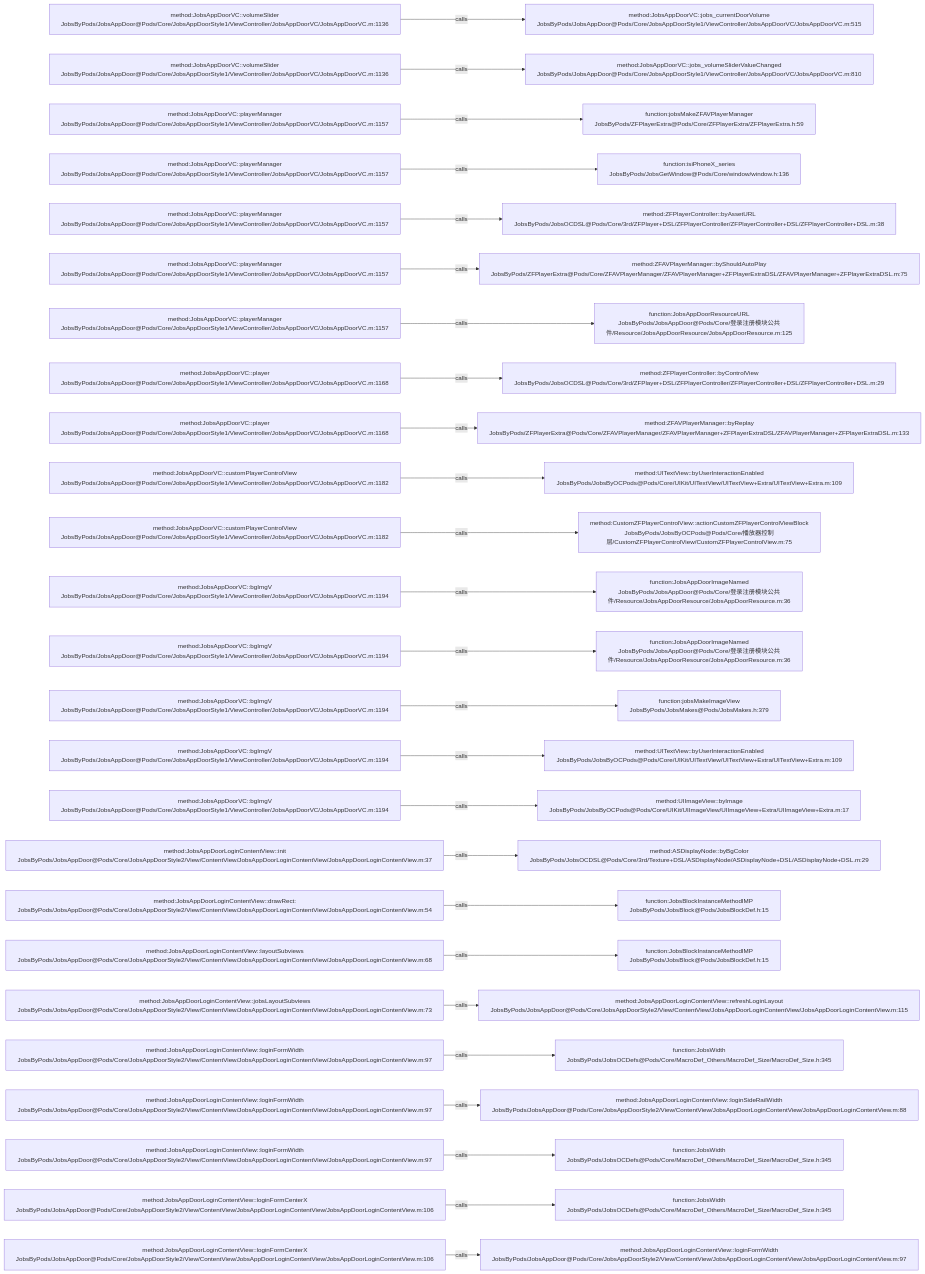
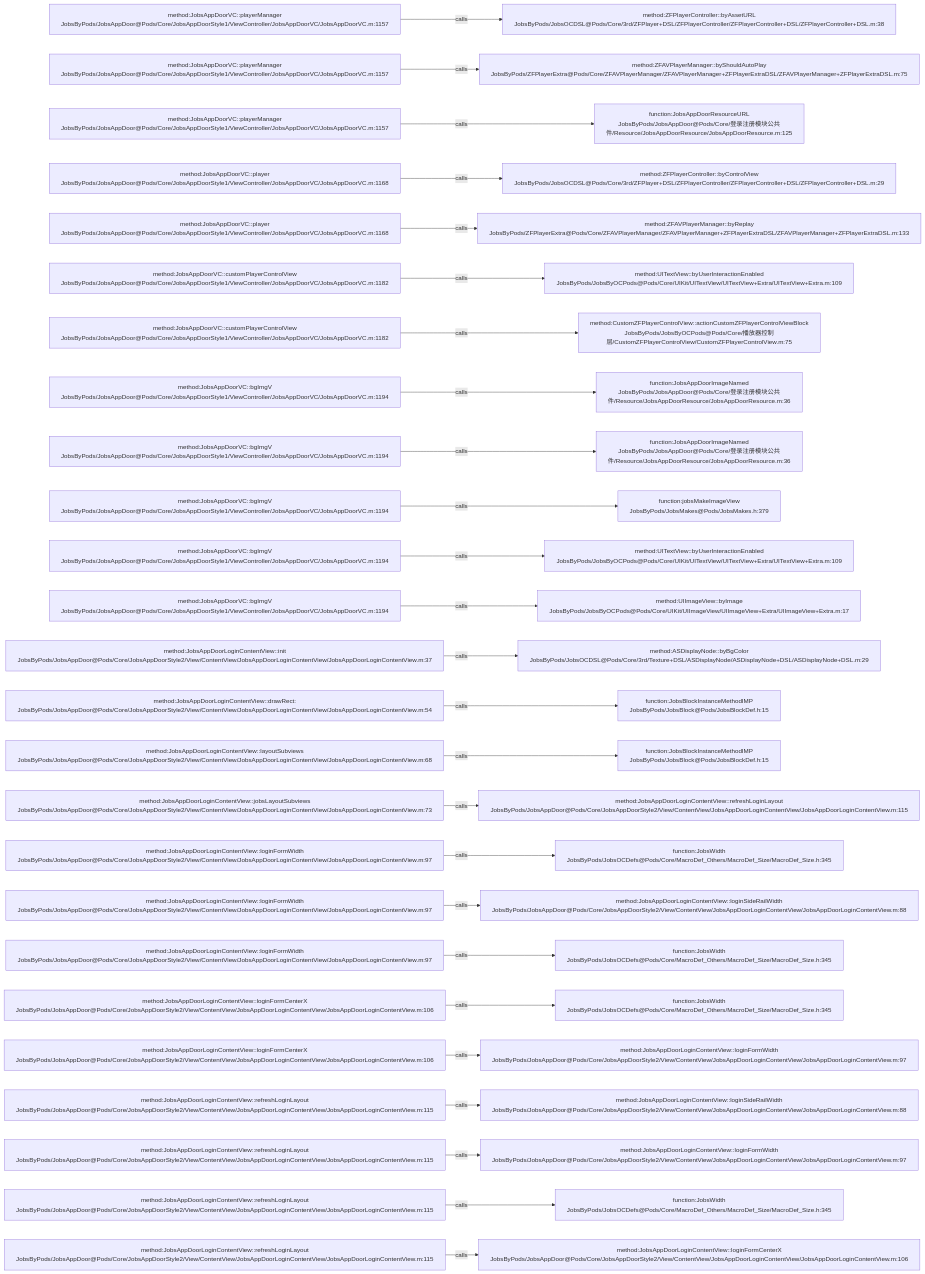
The diagram in .codegraph/codegraph.md/graphs/calls-117.md (JobsKits/JobsOCBaseConfigDemo), drawn with Mermaid before and after one commit. The commit also changed 116 other files, not shown here.

````diff
--- a/.codegraph/codegraph.md/graphs/calls-117.md
+++ b/.codegraph/codegraph.md/graphs/calls-117.md
@@ -13,78 +13,78 @@
 ```mermaid
 flowchart LR
-  S1["method:JobsAppDoorVC::volumeSlider<br/>JobsByPods/JobsAppDoor@Pods/Core/JobsAppDoorStyle1/ViewController/JobsAppDoorVC/JobsAppDoorVC.m:1136"]
-  T1["method:JobsAppDoorVC::jobs_currentDoorVolume<br/>JobsByPods/JobsAppDoor@Pods/Core/JobsAppDoorStyle1/ViewController/JobsAppDoorVC/JobsAppDoorVC.m:515"]
+  S1["method:JobsAppDoorVC::playerManager<br/>JobsByPods/JobsAppDoor@Pods/Core/JobsAppDoorStyle1/ViewController/JobsAppDoorVC/JobsAppDoorVC.m:1157"]
+  T1["method:ZFPlayerController::byAssetURL<br/>JobsByPods/JobsOCDSL@Pods/Core/3rd/ZFPlayer+DSL/ZFPlayerController/ZFPlayerController+DSL/ZFPlayerController+DSL.m:38"]
   S1 -->|calls| T1
-  S2["method:JobsAppDoorVC::volumeSlider<br/>JobsByPods/JobsAppDoor@Pods/Core/JobsAppDoorStyle1/ViewController/JobsAppDoorVC/JobsAppDoorVC.m:1136"]
-  T2["method:JobsAppDoorVC::jobs_volumeSliderValueChanged<br/>JobsByPods/JobsAppDoor@Pods/Core/JobsAppDoorStyle1/ViewController/JobsAppDoorVC/JobsAppDoorVC.m:810"]
+  S2["method:JobsAppDoorVC::playerManager<br/>JobsByPods/JobsAppDoor@Pods/Core/JobsAppDoorStyle1/ViewController/JobsAppDoorVC/JobsAppDoorVC.m:1157"]
+  T2["method:ZFAVPlayerManager::byShouldAutoPlay<br/>JobsByPods/ZFPlayerExtra@Pods/Core/ZFAVPlayerManager/ZFAVPlayerManager+ZFPlayerExtraDSL/ZFAVPlayerManager+ZFPlayerExtraDSL.m:75"]
   S2 -->|calls| T2
   S3["method:JobsAppDoorVC::playerManager<br/>JobsByPods/JobsAppDoor@Pods/Core/JobsAppDoorStyle1/ViewController/JobsAppDoorVC/JobsAppDoorVC.m:1157"]
-  T3["function:jobsMakeZFAVPlayerManager<br/>JobsByPods/ZFPlayerExtra@Pods/Core/ZFPlayerExtra/ZFPlayerExtra.h:59"]
+  T3["function:JobsAppDoorResourceURL<br/>JobsByPods/JobsAppDoor@Pods/Core/登录注册模块公共件/Resource/JobsAppDoorResource/JobsAppDoorResource.m:125"]
   S3 -->|calls| T3
-  S4["method:JobsAppDoorVC::playerManager<br/>JobsByPods/JobsAppDoor@Pods/Core/JobsAppDoorStyle1/ViewController/JobsAppDoorVC/JobsAppDoorVC.m:1157"]
-  T4["function:isiPhoneX_series<br/>JobsByPods/JobsGetWindow@Pods/Core/window/window.h:136"]
+  S4["method:JobsAppDoorVC::player<br/>JobsByPods/JobsAppDoor@Pods/Core/JobsAppDoorStyle1/ViewController/JobsAppDoorVC/JobsAppDoorVC.m:1168"]
+  T4["method:ZFPlayerController::byControlView<br/>JobsByPods/JobsOCDSL@Pods/Core/3rd/ZFPlayer+DSL/ZFPlayerController/ZFPlayerController+DSL/ZFPlayerController+DSL.m:29"]
   S4 -->|calls| T4
-  S5["method:JobsAppDoorVC::playerManager<br/>JobsByPods/JobsAppDoor@Pods/Core/JobsAppDoorStyle1/ViewController/JobsAppDoorVC/JobsAppDoorVC.m:1157"]
-  T5["method:ZFPlayerController::byAssetURL<br/>JobsByPods/JobsOCDSL@Pods/Core/3rd/ZFPlayer+DSL/ZFPlayerController/ZFPlayerController+DSL/ZFPlayerController+DSL.m:38"]
+  S5["method:JobsAppDoorVC::player<br/>JobsByPods/JobsAppDoor@Pods/Core/JobsAppDoorStyle1/ViewController/JobsAppDoorVC/JobsAppDoorVC.m:1168"]
+  T5["method:ZFAVPlayerManager::byReplay<br/>JobsByPods/ZFPlayerExtra@Pods/Core/ZFAVPlayerManager/ZFAVPlayerManager+ZFPlayerExtraDSL/ZFAVPlayerManager+ZFPlayerExtraDSL.m:133"]
   S5 -->|calls| T5
-  S6["method:JobsAppDoorVC::playerManager<br/>JobsByPods/JobsAppDoor@Pods/Core/JobsAppDoorStyle1/ViewController/JobsAppDoorVC/JobsAppDoorVC.m:1157"]
-  T6["method:ZFAVPlayerManager::byShouldAutoPlay<br/>JobsByPods/ZFPlayerExtra@Pods/Core/ZFAVPlayerManager/ZFAVPlayerManager+ZFPlayerExtraDSL/ZFAVPlayerManager+ZFPlayerExtraDSL.m:75"]
+  S6["method:JobsAppDoorVC::customPlayerControlView<br/>JobsByPods/JobsAppDoor@Pods/Core/JobsAppDoorStyle1/ViewController/JobsAppDoorVC/JobsAppDoorVC.m:1182"]
+  T6["method:UITextView::byUserInteractionEnabled<br/>JobsByPods/JobsByOCPods@Pods/Core/UIKit/UITextView/UITextView+Extra/UITextView+Extra.m:109"]
   S6 -->|calls| T6
-  S7["method:JobsAppDoorVC::playerManager<br/>JobsByPods/JobsAppDoor@Pods/Core/JobsAppDoorStyle1/ViewController/JobsAppDoorVC/JobsAppDoorVC.m:1157"]
-  T7["function:JobsAppDoorResourceURL<br/>JobsByPods/JobsAppDoor@Pods/Core/登录注册模块公共件/Resource/JobsAppDoorResource/JobsAppDoorResource.m:125"]
+  S7["method:JobsAppDoorVC::customPlayerControlView<br/>JobsByPods/JobsAppDoor@Pods/Core/JobsAppDoorStyle1/ViewController/JobsAppDoorVC/JobsAppDoorVC.m:1182"]
+  T7["method:CustomZFPlayerControlView::actionCustomZFPlayerControlViewBlock<br/>JobsByPods/JobsByOCPods@Pods/Core/播放器控制层/CustomZFPlayerControlView/CustomZFPlayerControlView.m:75"]
   S7 -->|calls| T7
-  S8["method:JobsAppDoorVC::player<br/>JobsByPods/JobsAppDoor@Pods/Core/JobsAppDoorStyle1/ViewController/JobsAppDoorVC/JobsAppDoorVC.m:1168"]
-  T8["method:ZFPlayerController::byControlView<br/>JobsByPods/JobsOCDSL@Pods/Core/3rd/ZFPlayer+DSL/ZFPlayerController/ZFPlayerController+DSL/ZFPlayerController+DSL.m:29"]
+  S8["method:JobsAppDoorVC::bgImgV<br/>JobsByPods/JobsAppDoor@Pods/Core/JobsAppDoorStyle1/ViewController/JobsAppDoorVC/JobsAppDoorVC.m:1194"]
+  T8["function:JobsAppDoorImageNamed<br/>JobsByPods/JobsAppDoor@Pods/Core/登录注册模块公共件/Resource/JobsAppDoorResource/JobsAppDoorResource.m:36"]
   S8 -->|calls| T8
-  S9["method:JobsAppDoorVC::player<br/>JobsByPods/JobsAppDoor@Pods/Core/JobsAppDoorStyle1/ViewController/JobsAppDoorVC/JobsAppDoorVC.m:1168"]
-  T9["method:ZFAVPlayerManager::byReplay<br/>JobsByPods/ZFPlayerExtra@Pods/Core/ZFAVPlayerManager/ZFAVPlayerManager+ZFPlayerExtraDSL/ZFAVPlayerManager+ZFPlayerExtraDSL.m:133"]
+  S9["method:JobsAppDoorVC::bgImgV<br/>JobsByPods/JobsAppDoor@Pods/Core/JobsAppDoorStyle1/ViewController/JobsAppDoorVC/JobsAppDoorVC.m:1194"]
+  T9["function:JobsAppDoorImageNamed<br/>JobsByPods/JobsAppDoor@Pods/Core/登录注册模块公共件/Resource/JobsAppDoorResource/JobsAppDoorResource.m:36"]
   S9 -->|calls| T9
-  S10["method:JobsAppDoorVC::customPlayerControlView<br/>JobsByPods/JobsAppDoor@Pods/Core/JobsAppDoorStyle1/ViewController/JobsAppDoorVC/JobsAppDoorVC.m:1182"]
-  T10["method:UITextView::byUserInteractionEnabled<br/>JobsByPods/JobsByOCPods@Pods/Core/UIKit/UITextView/UITextView+Extra/UITextView+Extra.m:109"]
+  S10["method:JobsAppDoorVC::bgImgV<br/>JobsByPods/JobsAppDoor@Pods/Core/JobsAppDoorStyle1/ViewController/JobsAppDoorVC/JobsAppDoorVC.m:1194"]
+  T10["function:jobsMakeImageView<br/>JobsByPods/JobsMakes@Pods/JobsMakes.h:379"]
   S10 -->|calls| T10
-  S11["method:JobsAppDoorVC::customPlayerControlView<br/>JobsByPods/JobsAppDoor@Pods/Core/JobsAppDoorStyle1/ViewController/JobsAppDoorVC/JobsAppDoorVC.m:1182"]
-  T11["method:CustomZFPlayerControlView::actionCustomZFPlayerControlViewBlock<br/>JobsByPods/JobsByOCPods@Pods/Core/播放器控制层/CustomZFPlayerControlView/CustomZFPlayerControlView.m:75"]
+  S11["method:JobsAppDoorVC::bgImgV<br/>JobsByPods/JobsAppDoor@Pods/Core/JobsAppDoorStyle1/ViewController/JobsAppDoorVC/JobsAppDoorVC.m:1194"]
+  T11["method:UITextView::byUserInteractionEnabled<br/>JobsByPods/JobsByOCPods@Pods/Core/UIKit/UITextView/UITextView+Extra/UITextView+Extra.m:109"]
   S11 -->|calls| T11
   S12["method:JobsAppDoorVC::bgImgV<br/>JobsByPods/JobsAppDoor@Pods/Core/JobsAppDoorStyle1/ViewController/JobsAppDoorVC/JobsAppDoorVC.m:1194"]
-  T12["function:JobsAppDoorImageNamed<br/>JobsByPods/JobsAppDoor@Pods/Core/登录注册模块公共件/Resource/JobsAppDoorResource/JobsAppDoorResource.m:36"]
+  T12["method:UIImageView::byImage<br/>JobsByPods/JobsByOCPods@Pods/Core/UIKit/UIImageView/UIImageView+Extra/UIImageView+Extra.m:17"]
   S12 -->|calls| T12
-  S13["method:JobsAppDoorVC::bgImgV<br/>JobsByPods/JobsAppDoor@Pods/Core/JobsAppDoorStyle1/ViewController/JobsAppDoorVC/JobsAppDoorVC.m:1194"]
-  T13["function:JobsAppDoorImageNamed<br/>JobsByPods/JobsAppDoor@Pods/Core/登录注册模块公共件/Resource/JobsAppDoorResource/JobsAppDoorResource.m:36"]
+  S13["method:JobsAppDoorLoginContentView::init<br/>JobsByPods/JobsAppDoor@Pods/Core/JobsAppDoorStyle2/View/ContentView/JobsAppDoorLoginContentView/JobsAppDoorLoginContentView.m:37"]
+  T13["method:ASDisplayNode::byBgColor<br/>JobsByPods/JobsOCDSL@Pods/Core/3rd/Texture+DSL/ASDisplayNode/ASDisplayNode+DSL/ASDisplayNode+DSL.m:29"]
   S13 -->|calls| T13
-  S14["method:JobsAppDoorVC::bgImgV<br/>JobsByPods/JobsAppDoor@Pods/Core/JobsAppDoorStyle1/ViewController/JobsAppDoorVC/JobsAppDoorVC.m:1194"]
-  T14["function:jobsMakeImageView<br/>JobsByPods/JobsMakes@Pods/JobsMakes.h:379"]
+  S14["method:JobsAppDoorLoginContentView::drawRect:<br/>JobsByPods/JobsAppDoor@Pods/Core/JobsAppDoorStyle2/View/ContentView/JobsAppDoorLoginContentView/JobsAppDoorLoginContentView.m:54"]
+  T14["function:JobsBlockInstanceMethodIMP<br/>JobsByPods/JobsBlock@Pods/JobsBlockDef.h:15"]
   S14 -->|calls| T14
-  S15["method:JobsAppDoorVC::bgImgV<br/>JobsByPods/JobsAppDoor@Pods/Core/JobsAppDoorStyle1/ViewController/JobsAppDoorVC/JobsAppDoorVC.m:1194"]
-  T15["method:UITextView::byUserInteractionEnabled<br/>JobsByPods/JobsByOCPods@Pods/Core/UIKit/UITextView/UITextView+Extra/UITextView+Extra.m:109"]
+  S15["method:JobsAppDoorLoginContentView::layoutSubviews<br/>JobsByPods/JobsAppDoor@Pods/Core/JobsAppDoorStyle2/View/ContentView/JobsAppDoorLoginContentView/JobsAppDoorLoginContentView.m:68"]
+  T15["function:JobsBlockInstanceMethodIMP<br/>JobsByPods/JobsBlock@Pods/JobsBlockDef.h:15"]
   S15 -->|calls| T15
-  S16["method:JobsAppDoorVC::bgImgV<br/>JobsByPods/JobsAppDoor@Pods/Core/JobsAppDoorStyle1/ViewController/JobsAppDoorVC/JobsAppDoorVC.m:1194"]
-  T16["method:UIImageView::byImage<br/>JobsByPods/JobsByOCPods@Pods/Core/UIKit/UIImageView/UIImageView+Extra/UIImageView+Extra.m:17"]
+  S16["method:JobsAppDoorLoginContentView::jobsLayoutSubviews<br/>JobsByPods/JobsAppDoor@Pods/Core/JobsAppDoorStyle2/View/ContentView/JobsAppDoorLoginContentView/JobsAppDoorLoginContentView.m:73"]
+  T16["method:JobsAppDoorLoginContentView::refreshLoginLayout<br/>JobsByPods/JobsAppDoor@Pods/Core/JobsAppDoorStyle2/View/ContentView/JobsAppDoorLoginContentView/JobsAppDoorLoginContentView.m:115"]
   S16 -->|calls| T16
-  S17["method:JobsAppDoorLoginContentView::init<br/>JobsByPods/JobsAppDoor@Pods/Core/JobsAppDoorStyle2/View/ContentView/JobsAppDoorLoginContentView/JobsAppDoorLoginContentView.m:37"]
-  T17["method:ASDisplayNode::byBgColor<br/>JobsByPods/JobsOCDSL@Pods/Core/3rd/Texture+DSL/ASDisplayNode/ASDisplayNode+DSL/ASDisplayNode+DSL.m:29"]
+  S17["method:JobsAppDoorLoginContentView::loginFormWidth<br/>JobsByPods/JobsAppDoor@Pods/Core/JobsAppDoorStyle2/View/ContentView/JobsAppDoorLoginContentView/JobsAppDoorLoginContentView.m:97"]
+  T17["function:JobsWidth<br/>JobsByPods/JobsOCDefs@Pods/Core/MacroDef_Others/MacroDef_Size/MacroDef_Size.h:345"]
   S17 -->|calls| T17
-  S18["method:JobsAppDoorLoginContentView::drawRect:<br/>JobsByPods/JobsAppDoor@Pods/Core/JobsAppDoorStyle2/View/ContentView/JobsAppDoorLoginContentView/JobsAppDoorLoginContentView.m:54"]
-  T18["function:JobsBlockInstanceMethodIMP<br/>JobsByPods/JobsBlock@Pods/JobsBlockDef.h:15"]
+  S18["method:JobsAppDoorLoginContentView::loginFormWidth<br/>JobsByPods/JobsAppDoor@Pods/Core/JobsAppDoorStyle2/View/ContentView/JobsAppDoorLoginContentView/JobsAppDoorLoginContentView.m:97"]
+  T18["method:JobsAppDoorLoginContentView::loginSideRailWidth<br/>JobsByPods/JobsAppDoor@Pods/Core/JobsAppDoorStyle2/View/ContentView/JobsAppDoorLoginContentView/JobsAppDoorLoginContentView.m:88"]
   S18 -->|calls| T18
-  S19["method:JobsAppDoorLoginContentView::layoutSubviews<br/>JobsByPods/JobsAppDoor@Pods/Core/JobsAppDoorStyle2/View/ContentView/JobsAppDoorLoginContentView/JobsAppDoorLoginContentView.m:68"]
-  T19["function:JobsBlockInstanceMethodIMP<br/>JobsByPods/JobsBlock@Pods/JobsBlockDef.h:15"]
+  S19["method:JobsAppDoorLoginContentView::loginFormWidth<br/>JobsByPods/JobsAppDoor@Pods/Core/JobsAppDoorStyle2/View/ContentView/JobsAppDoorLoginContentView/JobsAppDoorLoginContentView.m:97"]
+  T19["function:JobsWidth<br/>JobsByPods/JobsOCDefs@Pods/Core/MacroDef_Others/MacroDef_Size/MacroDef_Size.h:345"]
   S19 -->|calls| T19
-  S20["method:JobsAppDoorLoginContentView::jobsLayoutSubviews<br/>JobsByPods/JobsAppDoor@Pods/Core/JobsAppDoorStyle2/View/ContentView/JobsAppDoorLoginContentView/JobsAppDoorLoginContentView.m:73"]
-  T20["method:JobsAppDoorLoginContentView::refreshLoginLayout<br/>JobsByPods/JobsAppDoor@Pods/Core/JobsAppDoorStyle2/View/ContentView/JobsAppDoorLoginContentView/JobsAppDoorLoginContentView.m:115"]
+  S20["method:JobsAppDoorLoginContentView::loginFormCenterX<br/>JobsByPods/JobsAppDoor@Pods/Core/JobsAppDoorStyle2/View/ContentView/JobsAppDoorLoginContentView/JobsAppDoorLoginContentView.m:106"]
+  T20["function:JobsWidth<br/>JobsByPods/JobsOCDefs@Pods/Core/MacroDef_Others/MacroDef_Size/MacroDef_Size.h:345"]
   S20 -->|calls| T20
-  S21["method:JobsAppDoorLoginContentView::loginFormWidth<br/>JobsByPods/JobsAppDoor@Pods/Core/JobsAppDoorStyle2/View/ContentView/JobsAppDoorLoginContentView/JobsAppDoorLoginContentView.m:97"]
-  T21["function:JobsWidth<br/>JobsByPods/JobsOCDefs@Pods/Core/MacroDef_Others/MacroDef_Size/MacroDef_Size.h:345"]
+  S21["method:JobsAppDoorLoginContentView::loginFormCenterX<br/>JobsByPods/JobsAppDoor@Pods/Core/JobsAppDoorStyle2/View/ContentView/JobsAppDoorLoginContentView/JobsAppDoorLoginContentView.m:106"]
+  T21["method:JobsAppDoorLoginContentView::loginFormWidth<br/>JobsByPods/JobsAppDoor@Pods/Core/JobsAppDoorStyle2/View/ContentView/JobsAppDoorLoginContentView/JobsAppDoorLoginContentView.m:97"]
   S21 -->|calls| T21
-  S22["method:JobsAppDoorLoginContentView::loginFormWidth<br/>JobsByPods/JobsAppDoor@Pods/Core/JobsAppDoorStyle2/View/ContentView/JobsAppDoorLoginContentView/JobsAppDoorLoginContentView.m:97"]
+  S22["method:JobsAppDoorLoginContentView::refreshLoginLayout<br/>JobsByPods/JobsAppDoor@Pods/Core/JobsAppDoorStyle2/View/ContentView/JobsAppDoorLoginContentView/JobsAppDoorLoginContentView.m:115"]
   T22["method:JobsAppDoorLoginContentView::loginSideRailWidth<br/>JobsByPods/JobsAppDoor@Pods/Core/JobsAppDoorStyle2/View/ContentView/JobsAppDoorLoginContentView/JobsAppDoorLoginContentView.m:88"]
   S22 -->|calls| T22
-  S23["method:JobsAppDoorLoginContentView::loginFormWidth<br/>JobsByPods/JobsAppDoor@Pods/Core/JobsAppDoorStyle2/View/ContentView/JobsAppDoorLoginContentView/JobsAppDoorLoginContentView.m:97"]
-  T23["function:JobsWidth<br/>JobsByPods/JobsOCDefs@Pods/Core/MacroDef_Others/MacroDef_Size/MacroDef_Size.h:345"]
+  S23["method:JobsAppDoorLoginContentView::refreshLoginLayout<br/>JobsByPods/JobsAppDoor@Pods/Core/JobsAppDoorStyle2/View/ContentView/JobsAppDoorLoginContentView/JobsAppDoorLoginContentView.m:115"]
+  T23["method:JobsAppDoorLoginContentView::loginFormWidth<br/>JobsByPods/JobsAppDoor@Pods/Core/JobsAppDoorStyle2/View/ContentView/JobsAppDoorLoginContentView/JobsAppDoorLoginContentView.m:97"]
   S23 -->|calls| T23
-  S24["method:JobsAppDoorLoginContentView::loginFormCenterX<br/>JobsByPods/JobsAppDoor@Pods/Core/JobsAppDoorStyle2/View/ContentView/JobsAppDoorLoginContentView/JobsAppDoorLoginContentView.m:106"]
+  S24["method:JobsAppDoorLoginContentView::refreshLoginLayout<br/>JobsByPods/JobsAppDoor@Pods/Core/JobsAppDoorStyle2/View/ContentView/JobsAppDoorLoginContentView/JobsAppDoorLoginContentView.m:115"]
   T24["function:JobsWidth<br/>JobsByPods/JobsOCDefs@Pods/Core/MacroDef_Others/MacroDef_Size/MacroDef_Size.h:345"]
   S24 -->|calls| T24
-  S25["method:JobsAppDoorLoginContentView::loginFormCenterX<br/>JobsByPods/JobsAppDoor@Pods/Core/JobsAppDoorStyle2/View/ContentView/JobsAppDoorLoginContentView/JobsAppDoorLoginContentView.m:106"]
-  T25["method:JobsAppDoorLoginContentView::loginFormWidth<br/>JobsByPods/JobsAppDoor@Pods/Core/JobsAppDoorStyle2/View/ContentView/JobsAppDoorLoginContentView/JobsAppDoorLoginContentView.m:97"]
+  S25["method:JobsAppDoorLoginContentView::refreshLoginLayout<br/>JobsByPods/JobsAppDoor@Pods/Core/JobsAppDoorStyle2/View/ContentView/JobsAppDoorLoginContentView/JobsAppDoorLoginContentView.m:115"]
+  T25["method:JobsAppDoorLoginContentView::loginFormCenterX<br/>JobsByPods/JobsAppDoor@Pods/Core/JobsAppDoorStyle2/View/ContentView/JobsAppDoorLoginContentView/JobsAppDoorLoginContentView.m:106"]
   S25 -->|calls| T25
 ```
````
